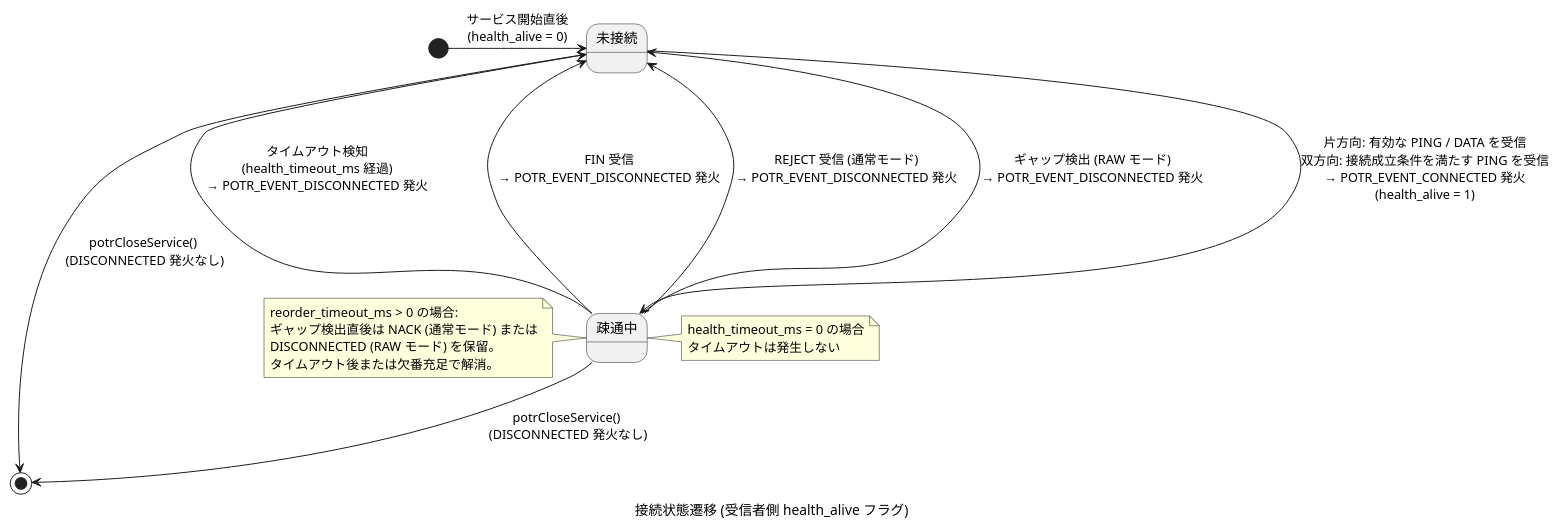
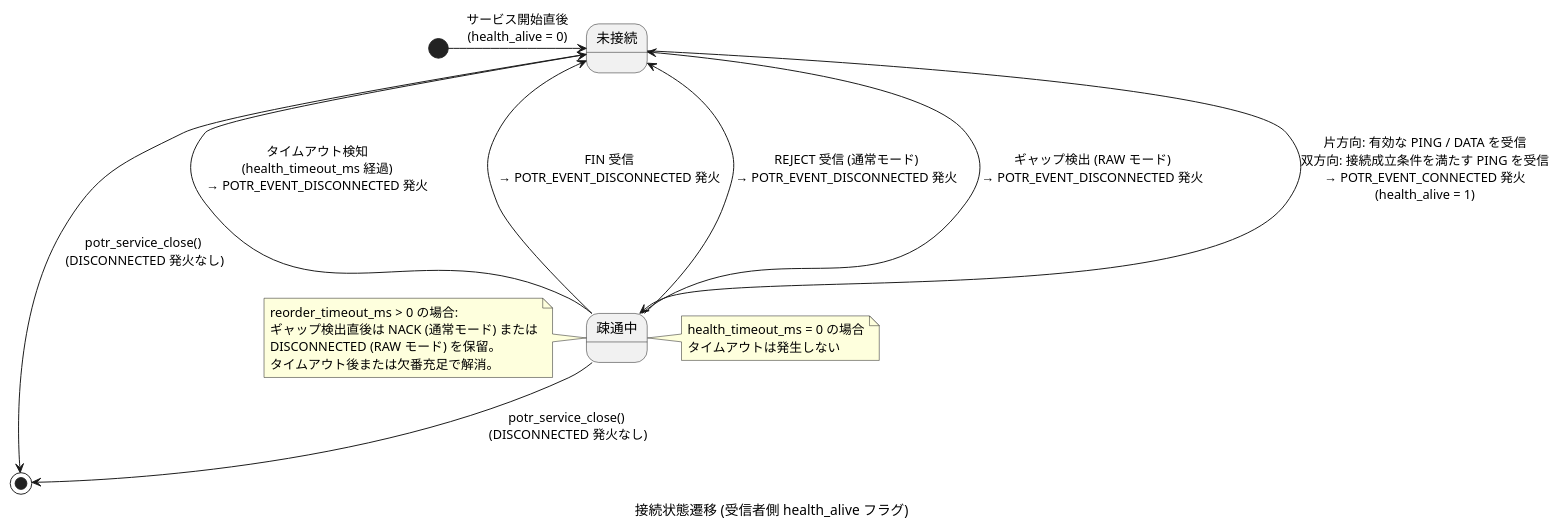
Diagram 17 of 30 in docs/sequence.md (Hondarer/app_porter), drawn with PlantUML before and after one commit. The commit also changed other lines of this file and 148 other files, not shown here.

````diff
--- a/docs/sequence.md
+++ b/docs/sequence.md
@@ -620,33 +620,33 @@
 ```plantuml
 @startuml 接続状態遷移 (受信者側 health_alive フラグ)
 caption 接続状態遷移 (受信者側 health_alive フラグ)
 
 [*] -r-> 未接続 : サービス開始直後\n(health_alive = 0)
 
 未接続 ---> 疎通中 : 片方向: 有効な PING / DATA を受信\n双方向: 接続成立条件を満たす PING を受信\n→ POTR_EVENT_CONNECTED 発火\n(health_alive = 1)
 
 疎通中 ---> 未接続 : タイムアウト検知\n (health_timeout_ms 経過) \n→ POTR_EVENT_DISCONNECTED 発火
 
 疎通中 --> 未接続 : FIN 受信\n→ POTR_EVENT_DISCONNECTED 発火
 
 疎通中 --> 未接続 : REJECT 受信 (通常モード)\n→ POTR_EVENT_DISCONNECTED 発火
 
 疎通中 --> 未接続 : ギャップ検出 (RAW モード)\n→ POTR_EVENT_DISCONNECTED 発火
 
-未接続 --> [*] : potrCloseService()\n (DISCONNECTED 発火なし)
-疎通中 --> [*] : potrCloseService()\n (DISCONNECTED 発火なし)
+未接続 --> [*] : potr_service_close()\n (DISCONNECTED 発火なし)
+疎通中 --> [*] : potr_service_close()\n (DISCONNECTED 発火なし)
 
 note right of 疎通中
   health_timeout_ms = 0 の場合
   タイムアウトは発生しない
 end note
 
 note left of 疎通中
   reorder_timeout_ms > 0 の場合:
   ギャップ検出直後は NACK (通常モード) または
   DISCONNECTED (RAW モード) を保留。
   タイムアウト後または欠番充足で解消。
 end note
 
 @enduml
 ```
````
